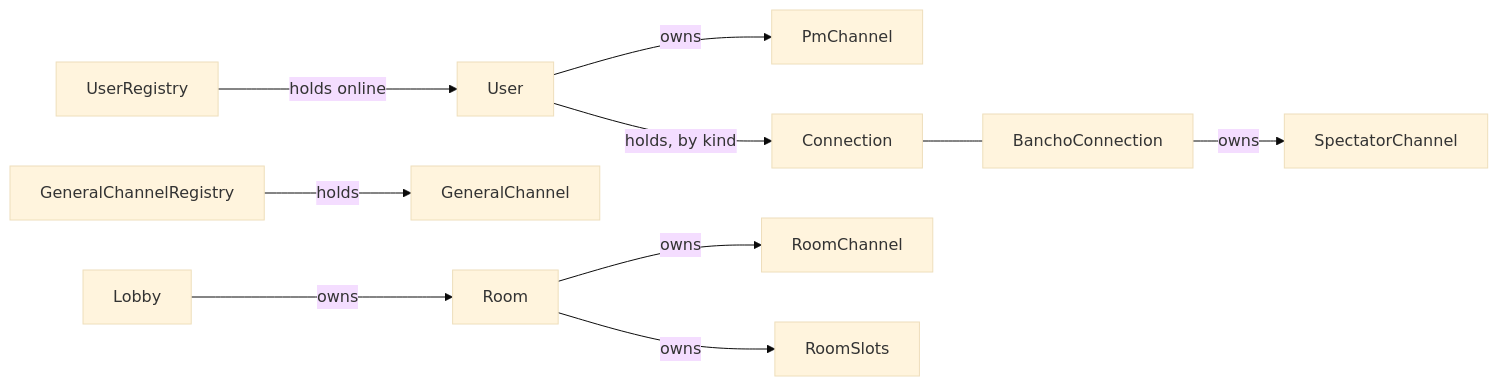
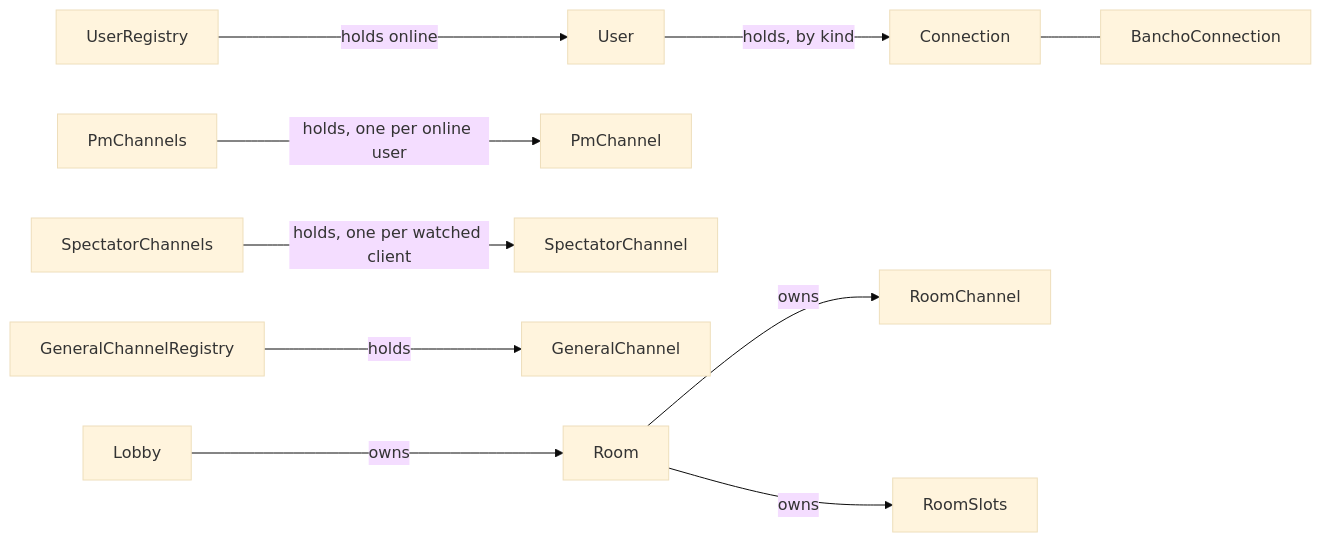
The first of 2 diagrams in docs/for-developers/architecture.md (thnhmai06/osuBasil), drawn with Mermaid (base theme) before and after one commit. The commit also changed other lines of this file and 6 other files, not shown here.

````diff
--- a/docs/for-developers/architecture.md
+++ b/docs/for-developers/architecture.md
@@ -174,12 +175,12 @@
 ```mermaid
 flowchart LR
     UserRegistry -->|holds online| User
-    User -->|owns| PM[PmChannel]
+    PmChannels -->|holds, one per online user| PM[PmChannel]
     User -->|holds, by kind| Connection
     Connection --- Bancho[BanchoConnection]
-    Bancho -->|owns| Spec[SpectatorChannel]
+    SpectatorChannels -->|holds, one per watched client| Spec[SpectatorChannel]
     GeneralChannelRegistry -->|holds| General[GeneralChannel]
     Lobby -->|owns| Room
     Room -->|owns| RoomChannel[RoomChannel]
     Room -->|owns| RoomSlots
 ```
````
